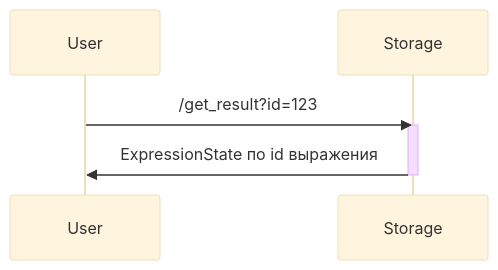
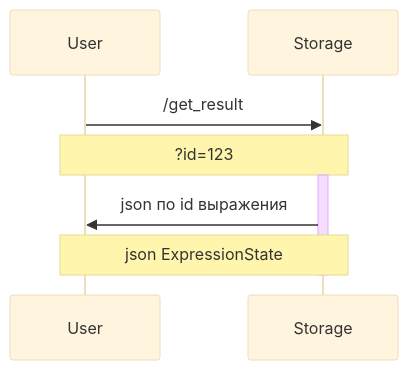
The fourth of 10 diagrams in README.md (XJIeI5/calculator), drawn with Mermaid (base theme) before and after one commit.

````diff
--- a/README.md
+++ b/README.md
@@ -204,10 +204,12 @@
 ```mermaid
 sequenceDiagram
 participant U as User
 participant S as Storage
 
-U->>S: /get_result?id=123
+U->>S: /get_result
+Note over S,U: ?id=123
 activate S
-S->>U: ExpressionState по id выражения
+S->>U: json по id выражения
+Note over S,U: json ExpressionState
 deactivate S
 ```
````
